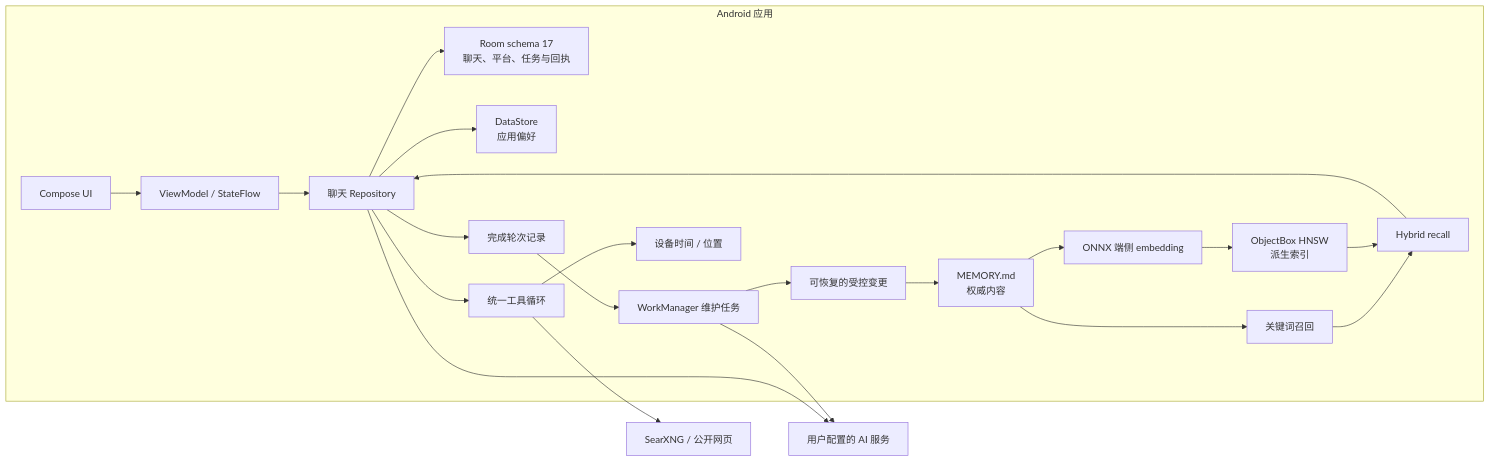
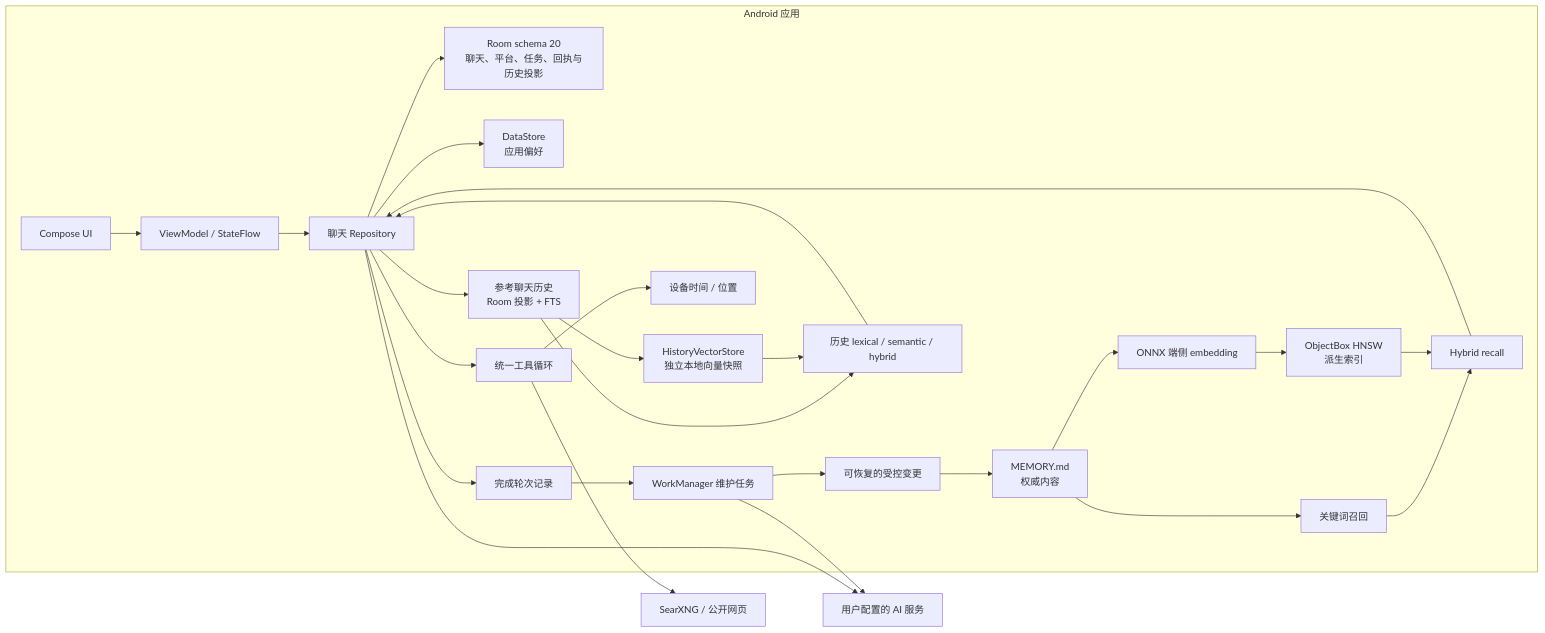
One commit to NaBr406/ChatWithChat changed the second of 2 diagrams in README.md. Above: the diagram before and after it, drawn with Mermaid. The commit also changed other lines of this file and 1 other file, not shown here.

Commit message:
chore(release): document 1.1.0 memory and history state

````diff
--- a/README.md
+++ b/README.md
@@ -309,25 +332,30 @@
 ```mermaid
 flowchart LR
     subgraph APP["Android 应用"]
         UI["Compose UI"] --> VM["ViewModel / StateFlow"]
         VM --> CHAT["聊天 Repository"]
-        CHAT --> ROOM["Room schema 17<br/>聊天、平台、任务与回执"]
+        CHAT --> ROOM["Room schema 20<br/>聊天、平台、任务、回执与历史投影"]
         CHAT --> DATASTORE["DataStore<br/>应用偏好"]
         CHAT --> TOOLS["统一工具循环"]
         CHAT --> RECORDER["完成轮次记录"]
         RECORDER --> WORK["WorkManager 维护任务"]
         WORK --> MUTATION["可恢复的受控变更"]
         MUTATION --> MARKDOWN["MEMORY.md<br/>权威内容"]
         MARKDOWN --> LEXICAL["关键词召回"]
         MARKDOWN --> EMBEDDING["ONNX 端侧 embedding"]
         EMBEDDING --> VECTOR["ObjectBox HNSW<br/>派生索引"]
         LEXICAL --> HYBRID["Hybrid recall"]
         VECTOR --> HYBRID
         HYBRID --> CHAT
+        CHAT --> HISTORY["参考聊天历史<br/>Room 投影 + FTS"]
+        HISTORY --> HISTORY_VECTOR["HistoryVectorStore<br/>独立本地向量快照"]
+        HISTORY --> HISTORY_RECALL["历史 lexical / semantic / hybrid"]
+        HISTORY_VECTOR --> HISTORY_RECALL
+        HISTORY_RECALL --> CHAT
         TOOLS --> DEVICE["设备时间 / 位置"]
     end
 
     CHAT --> PROVIDERS["用户配置的 AI 服务"]
     WORK --> PROVIDERS
     TOOLS --> SEARCH["SearXNG / 公开网页"]
 ```
````
